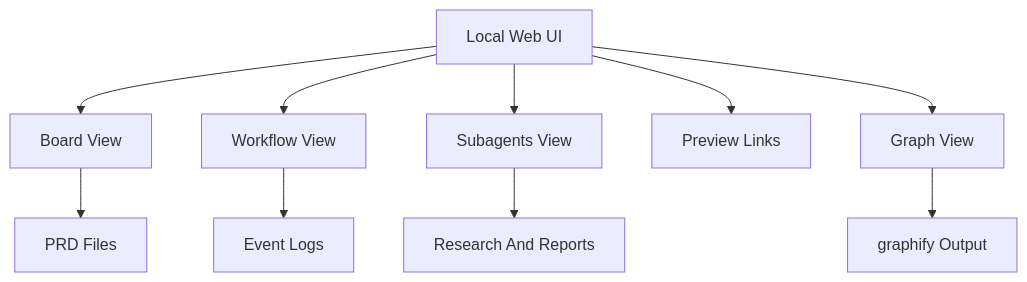
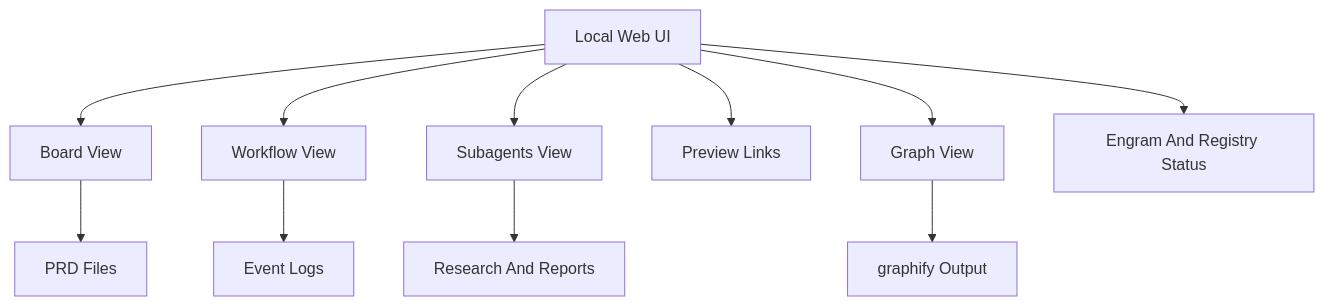
One commit to devopstales/aiskillgrid changed the diagram in docs/08-webui.md. Above: the diagram before and after it, drawn with Mermaid. The commit also changed other lines of this file and 28 other files, not shown here.

````diff
--- a/docs/08-webui.md
+++ b/docs/08-webui.md
@@ -33,12 +35,13 @@
 ```mermaid
 flowchart TD
   WebUI[Local Web UI] --> Board[Board View]
   WebUI --> Workflow[Workflow View]
   WebUI --> Subagents[Subagents View]
   WebUI --> Previews[Preview Links]
   WebUI --> Graph[Graph View]
   Board --> PRD[PRD Files]
   Workflow --> Events[Event Logs]
   Subagents --> Reports[Research And Reports]
   Graph --> Graphify[graphify Output]
+  WebUI --> Memory[Engram And Registry Status]
 ```
````
